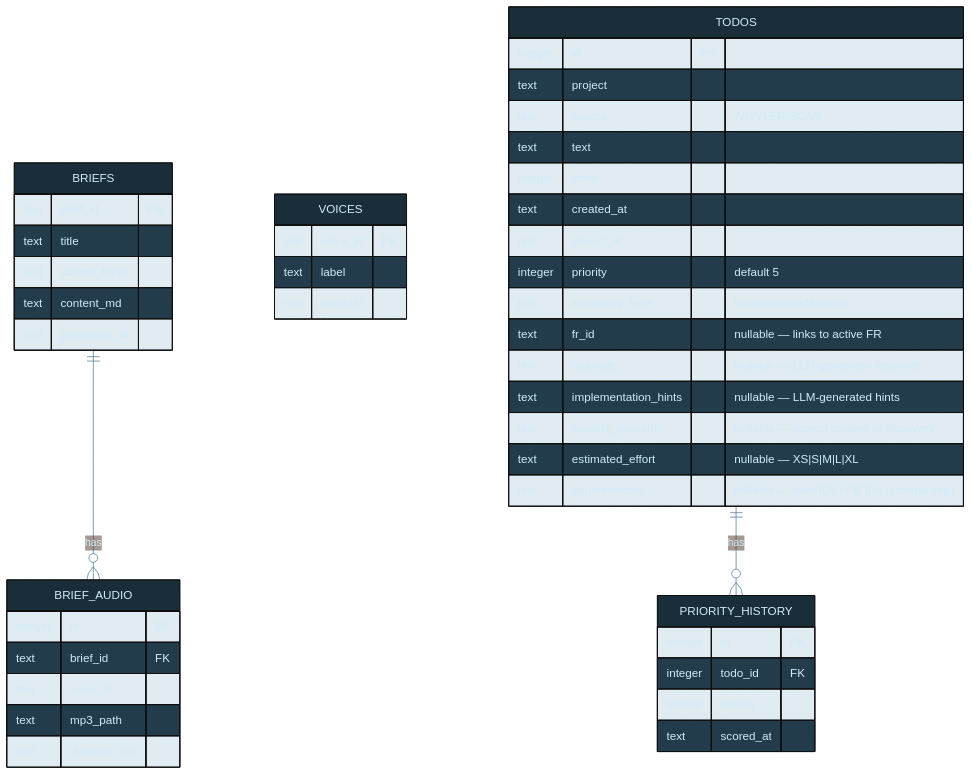
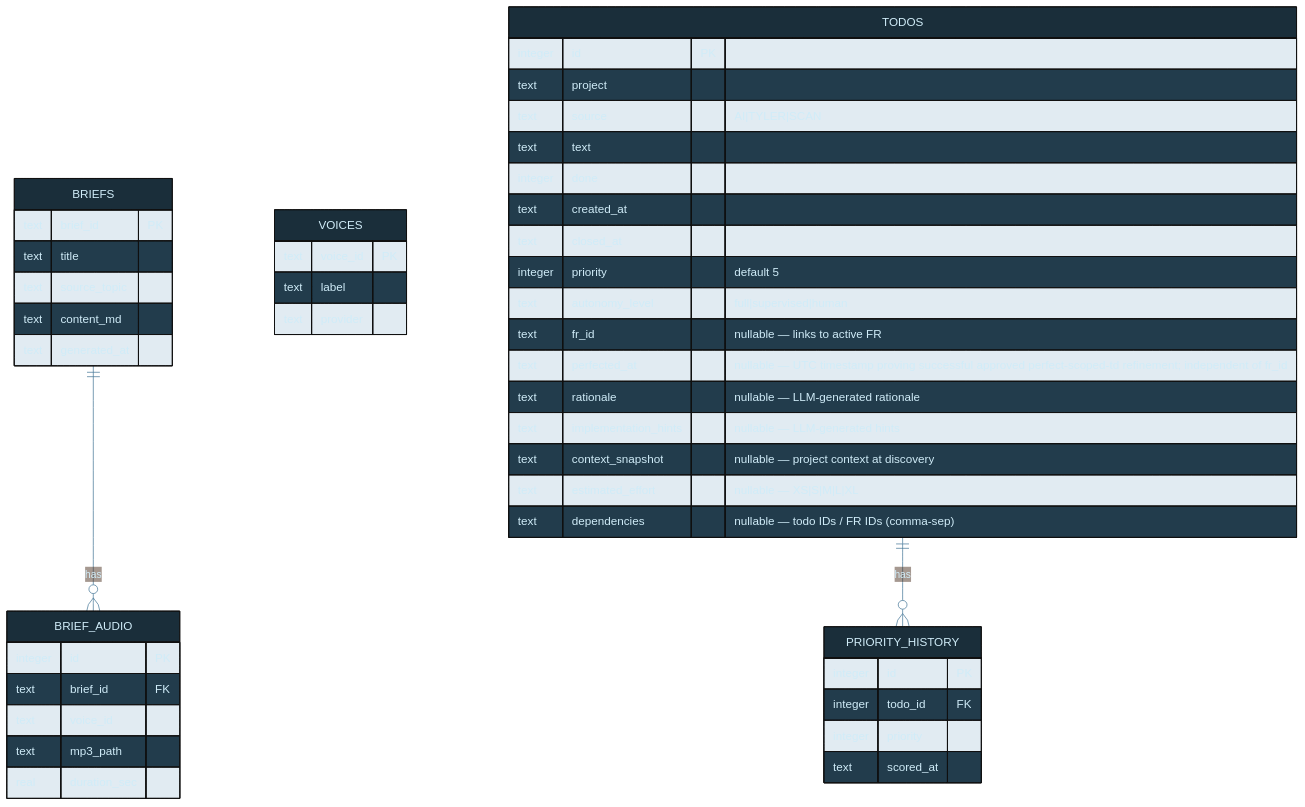
The diagram in diagrams/manifest-db-schema.mmd (tylerdrakemusic/-Workspace), drawn with Mermaid before and after one commit.

Commit message:
docs: document todo perfection provenance

```diff
--- a/diagrams/manifest-db-schema.mmd
+++ b/diagrams/manifest-db-schema.mmd
@@ -1,46 +1,47 @@
 %%{init: {'theme': 'base', 'themeVariables': {'primaryColor': '#1a2e3a', 'primaryTextColor': '#d0ecf8', 'edgeLabelBackground': '#0f1318', 'lineColor': '#4a7a9a'}}}%%
 erDiagram
     BRIEFS ||--o{ BRIEF_AUDIO : has
     BRIEFS {
         text brief_id PK
         text title
         text source_topic
         text content_md
         text generated_at
     }
     BRIEF_AUDIO {
         integer id PK
         text brief_id FK
         text voice_id
         text mp3_path
         real duration_sec
     }
     VOICES {
         text voice_id PK
         text label
         text provider
     }
     TODOS ||--o{ PRIORITY_HISTORY : has
     TODOS {
         integer id PK
         text project
         text source "AI|TYLER|SCAN"
         text text
         integer done
         text created_at
         text closed_at
         integer priority "default 5"
         text autonomy_level "full|supervised|human"
         text fr_id "nullable — links to active FR"
+        text perfected_at "nullable — UTC timestamp proving successful approved perfect-scoped-td refinement; independent of fr_id"
         text rationale "nullable — LLM-generated rationale"
         text implementation_hints "nullable — LLM-generated hints"
         text context_snapshot "nullable — project context at discovery"
         text estimated_effort "nullable — XS|S|M|L|XL"
         text dependencies "nullable — todo IDs / FR IDs (comma-sep)"
     }
     PRIORITY_HISTORY {
         integer id PK
         integer todo_id FK
         integer priority
         text scored_at
     }
```
